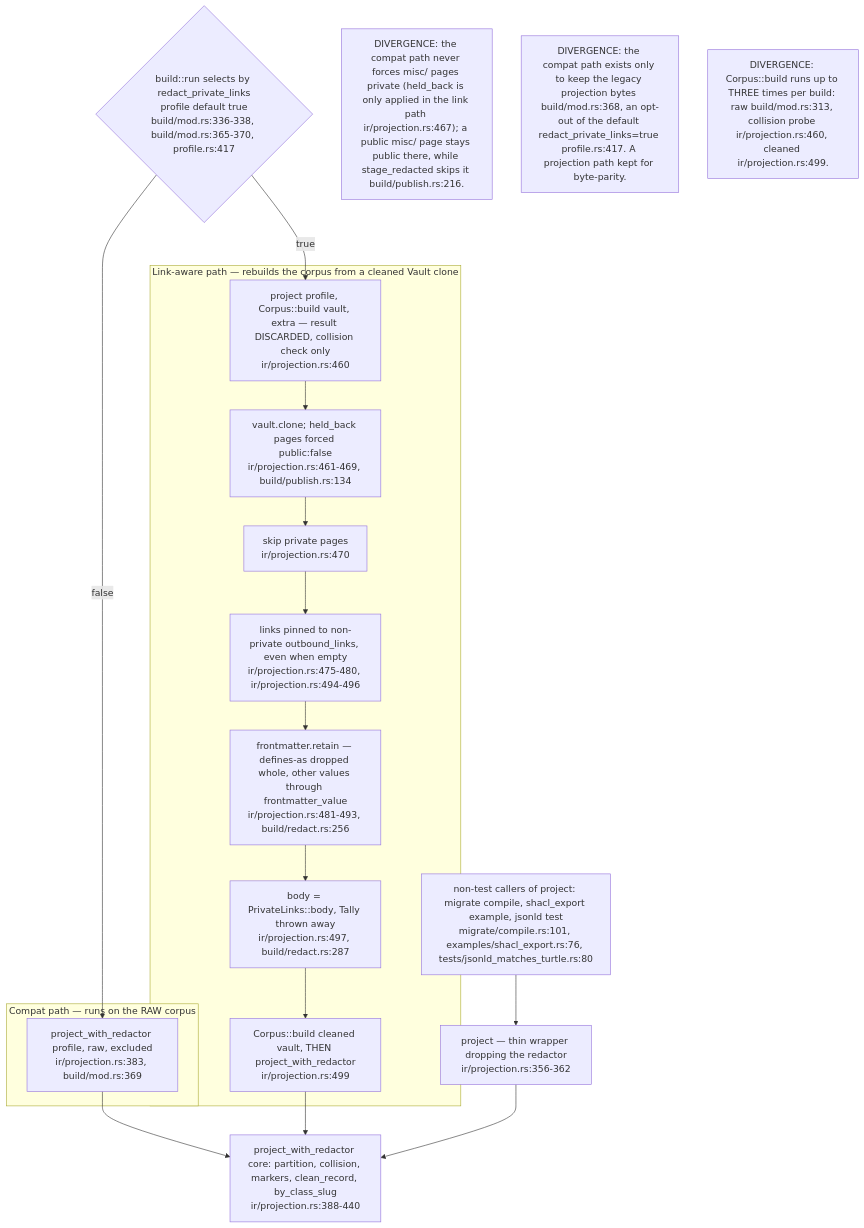
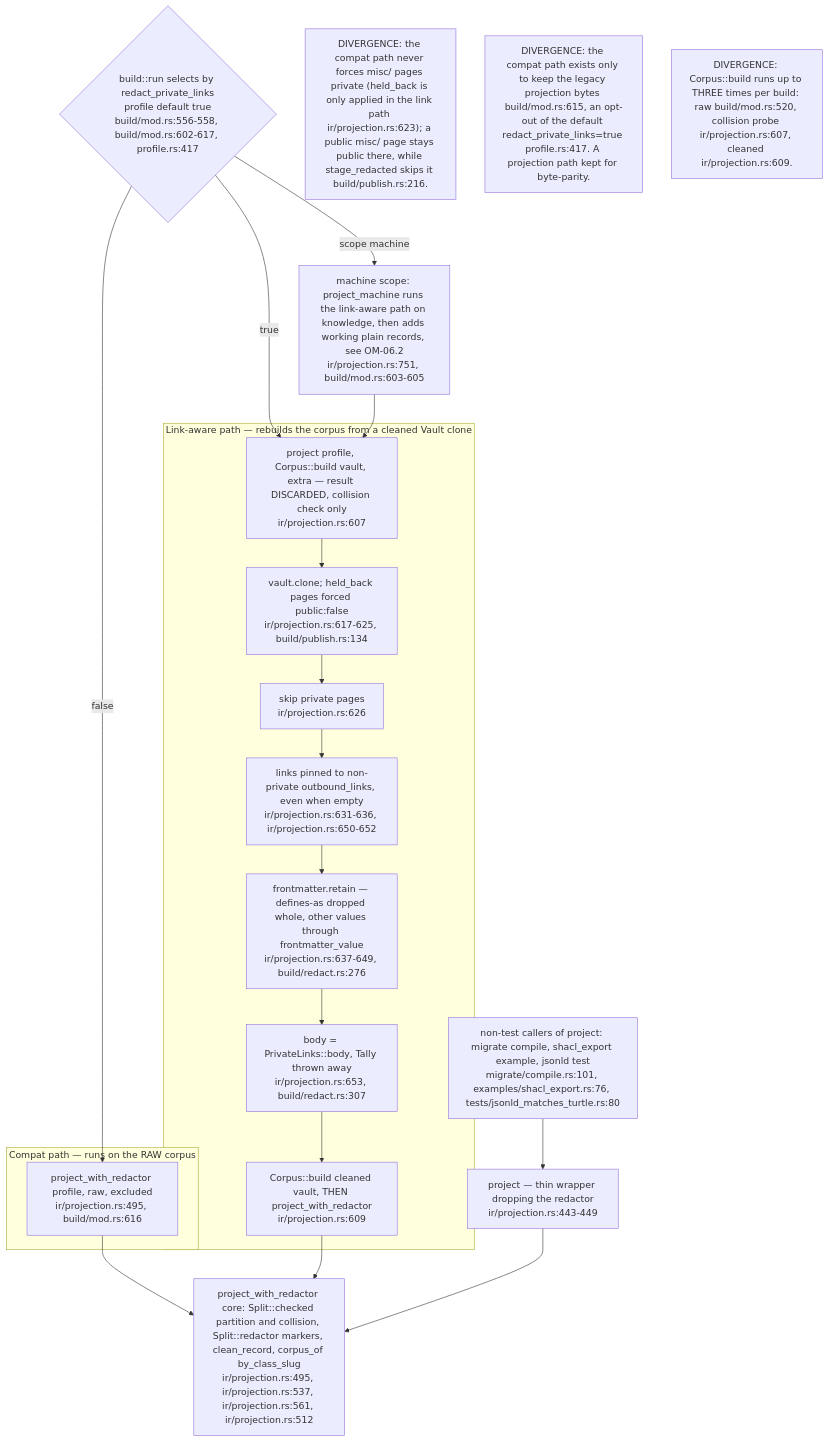
One commit to DreamLab-AI/VisionFlow changed the third of 6 diagrams in docs/diagrams/ontomark/02-ir-corpus-projection-and-redaction.md. Above: the diagram before and after it, drawn with Mermaid. The commit also changed other lines of this file and 10 other files, not shown here.

First line of the commit message:
docs(diagrams): re-stamp the ontomark corpus at ee9e04a; OM-06 machine scope and ingest contract

````diff
--- a/docs/diagrams/ontomark/02-ir-corpus-projection-and-redaction.md
+++ b/docs/diagrams/ontomark/02-ir-corpus-projection-and-redaction.md
@@ -111,28 +111,30 @@
 ```mermaid
 flowchart TD
-    SEL{"build::run selects by redact_private_links<br/>profile default true<br/>build/mod.rs:336-338, build/mod.rs:365-370, profile.rs:417"}
+    SEL{"build::run selects by redact_private_links<br/>profile default true<br/>build/mod.rs:556-558, build/mod.rs:602-617, profile.rs:417"}
     subgraph LEGACY["Compat path — runs on the RAW corpus"]
-      PWR["project_with_redactor profile, raw, excluded<br/>ir/projection.rs:383, build/mod.rs:369"]
+      PWR["project_with_redactor profile, raw, excluded<br/>ir/projection.rs:495, build/mod.rs:616"]
     end
     subgraph LINKS["Link-aware path — rebuilds the corpus from a cleaned Vault clone"]
-      L1["project profile, Corpus::build vault, extra — result DISCARDED, collision check only<br/>ir/projection.rs:460"]
-      L2["vault.clone; held_back pages forced public:false<br/>ir/projection.rs:461-469, build/publish.rs:134"]
-      L3["skip private pages<br/>ir/projection.rs:470"]
-      L4["links pinned to non-private outbound_links, even when empty<br/>ir/projection.rs:475-480, ir/projection.rs:494-496"]
-      L5["frontmatter.retain — defines-as dropped whole, other values through frontmatter_value<br/>ir/projection.rs:481-493, build/redact.rs:256"]
-      L6["body = PrivateLinks::body, Tally thrown away<br/>ir/projection.rs:497, build/redact.rs:287"]
-      L7["Corpus::build cleaned vault, THEN project_with_redactor<br/>ir/projection.rs:499"]
+      L1["project profile, Corpus::build vault, extra — result DISCARDED, collision check only<br/>ir/projection.rs:607"]
+      L2["vault.clone; held_back pages forced public:false<br/>ir/projection.rs:617-625, build/publish.rs:134"]
+      L3["skip private pages<br/>ir/projection.rs:626"]
+      L4["links pinned to non-private outbound_links, even when empty<br/>ir/projection.rs:631-636, ir/projection.rs:650-652"]
+      L5["frontmatter.retain — defines-as dropped whole, other values through frontmatter_value<br/>ir/projection.rs:637-649, build/redact.rs:276"]
+      L6["body = PrivateLinks::body, Tally thrown away<br/>ir/projection.rs:653, build/redact.rs:307"]
+      L7["Corpus::build cleaned vault, THEN project_with_redactor<br/>ir/projection.rs:609"]
       L1 --> L2 --> L3 --> L4 --> L5 --> L6 --> L7
     end
-    CORE["project_with_redactor core: partition, collision, markers, clean_record, by_class_slug<br/>ir/projection.rs:388-440"]
-    WRAP["project — thin wrapper dropping the redactor<br/>ir/projection.rs:356-362"]
+    CORE["project_with_redactor core: Split::checked partition and collision, Split::redactor markers, clean_record, corpus_of by_class_slug<br/>ir/projection.rs:495, ir/projection.rs:537, ir/projection.rs:561, ir/projection.rs:512"]
+    WRAP["project — thin wrapper dropping the redactor<br/>ir/projection.rs:443-449"]
+    MACH["machine scope: project_machine runs the link-aware path on knowledge, then adds working plain records, see OM-06.2<br/>ir/projection.rs:751, build/mod.rs:603-605"]
     SEL -->|false| PWR --> CORE
     SEL -->|true| L1
+    SEL -->|scope machine| MACH --> L1
     L7 --> CORE
     WRAP --> CORE
     PROD["non-test callers of project: migrate compile, shacl_export example, jsonld test<br/>migrate/compile.rs:101, examples/shacl_export.rs:76, tests/jsonld_matches_turtle.rs:80"]
     PROD --> WRAP
-    n1["DIVERGENCE: the compat path never forces misc/ pages private (held_back is only applied in the link path ir/projection.rs:467); a public misc/ page stays public there, while stage_redacted skips it build/publish.rs:216."]
-    n2["DIVERGENCE: the compat path exists only to keep the legacy projection bytes build/mod.rs:368, an opt-out of the default redact_private_links=true profile.rs:417. A projection path kept for byte-parity."]
-    n3["DIVERGENCE: Corpus::build runs up to THREE times per build: raw build/mod.rs:313, collision probe ir/projection.rs:460, cleaned ir/projection.rs:499."]
+    n1["DIVERGENCE: the compat path never forces misc/ pages private (held_back is only applied in the link path ir/projection.rs:623); a public misc/ page stays public there, while stage_redacted skips it build/publish.rs:216."]
+    n2["DIVERGENCE: the compat path exists only to keep the legacy projection bytes build/mod.rs:615, an opt-out of the default redact_private_links=true profile.rs:417. A projection path kept for byte-parity."]
+    n3["DIVERGENCE: Corpus::build runs up to THREE times per build: raw build/mod.rs:520, collision probe ir/projection.rs:607, cleaned ir/projection.rs:609."]
 ```
````
